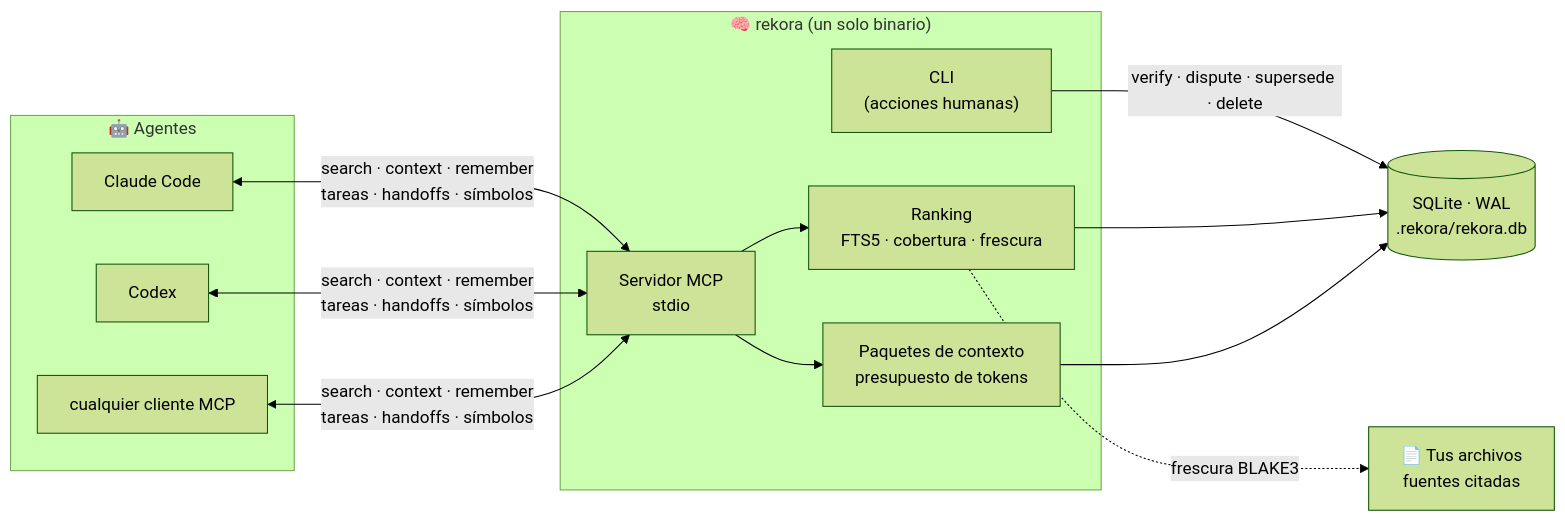
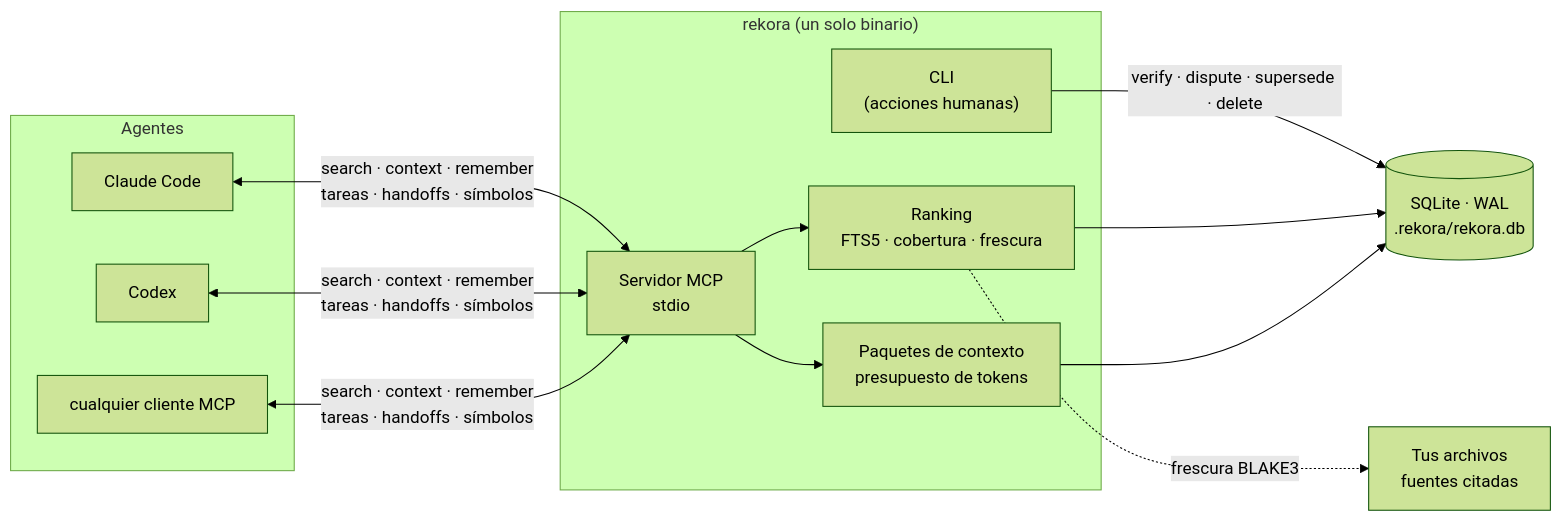
The diagram in README.es.md (robgallardof/rekora), drawn with Mermaid (forest theme) before and after one commit. The commit also changed other lines of this file and 10 other files, not shown here.

````diff
--- a/README.es.md
+++ b/README.es.md
@@ -74,22 +80,22 @@
 ```mermaid
 flowchart LR
-    subgraph Agentes["🤖 Agentes"]
+    subgraph Agentes["Agentes"]
         CC["Claude Code"]
         CX["Codex"]
         AN["cualquier cliente MCP"]
     end
-    subgraph Rekora["🧠 rekora (un solo binario)"]
+    subgraph Rekora["rekora (un solo binario)"]
         MCP["Servidor MCP<br/>stdio"]
         CLI["CLI<br/>(acciones humanas)"]
         RANK["Ranking<br/>FTS5 · cobertura · frescura"]
         PACK["Paquetes de contexto<br/>presupuesto de tokens"]
     end
     DB[("SQLite · WAL<br/>.rekora/rekora.db")]
-    SRC["📄 Tus archivos<br/>fuentes citadas"]
+    SRC["Tus archivos<br/>fuentes citadas"]
 
     CC & CX & AN <-->|search · context · remember<br/>tareas · handoffs · símbolos| MCP
     CLI -->|verify · dispute · supersede · delete| DB
     MCP --> RANK --> DB
     MCP --> PACK --> DB
     RANK -. frescura BLAKE3 .-> SRC
 ```
````
